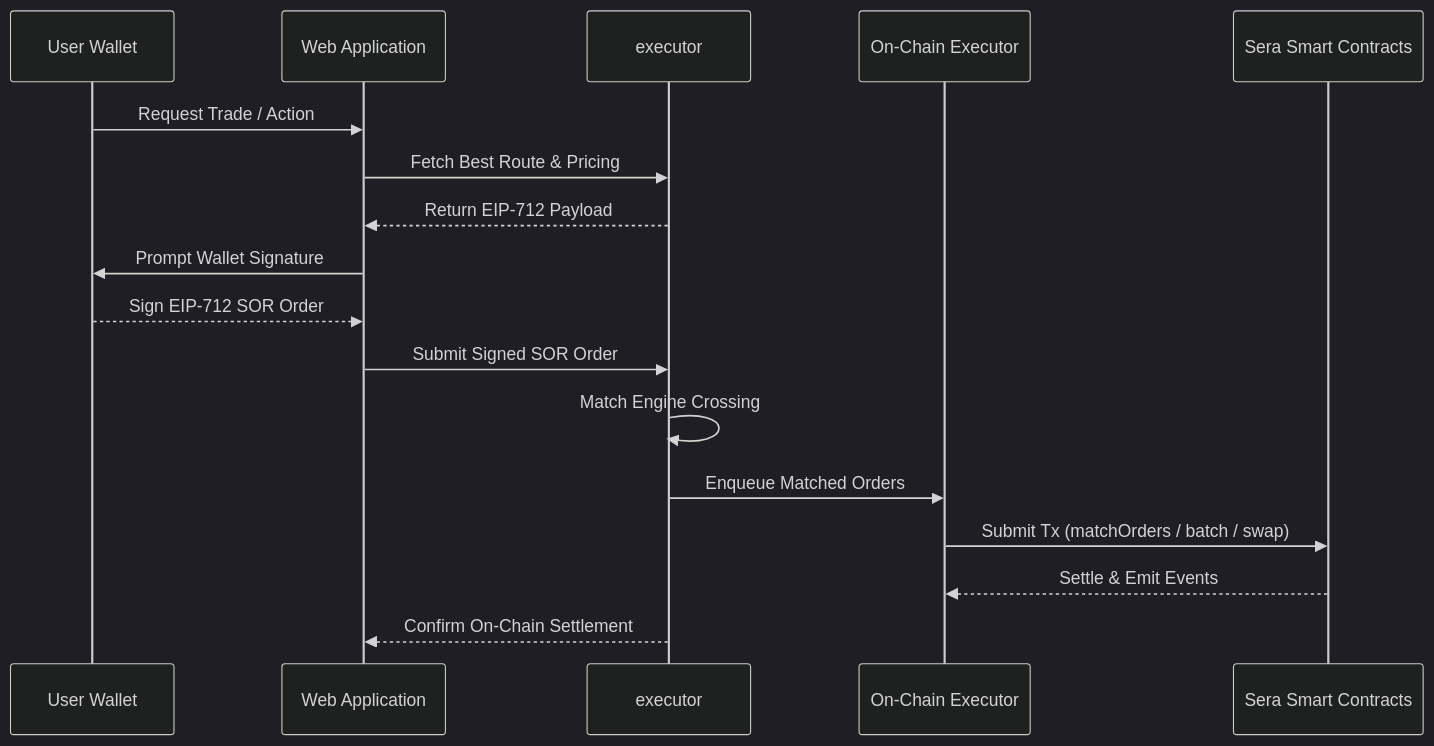
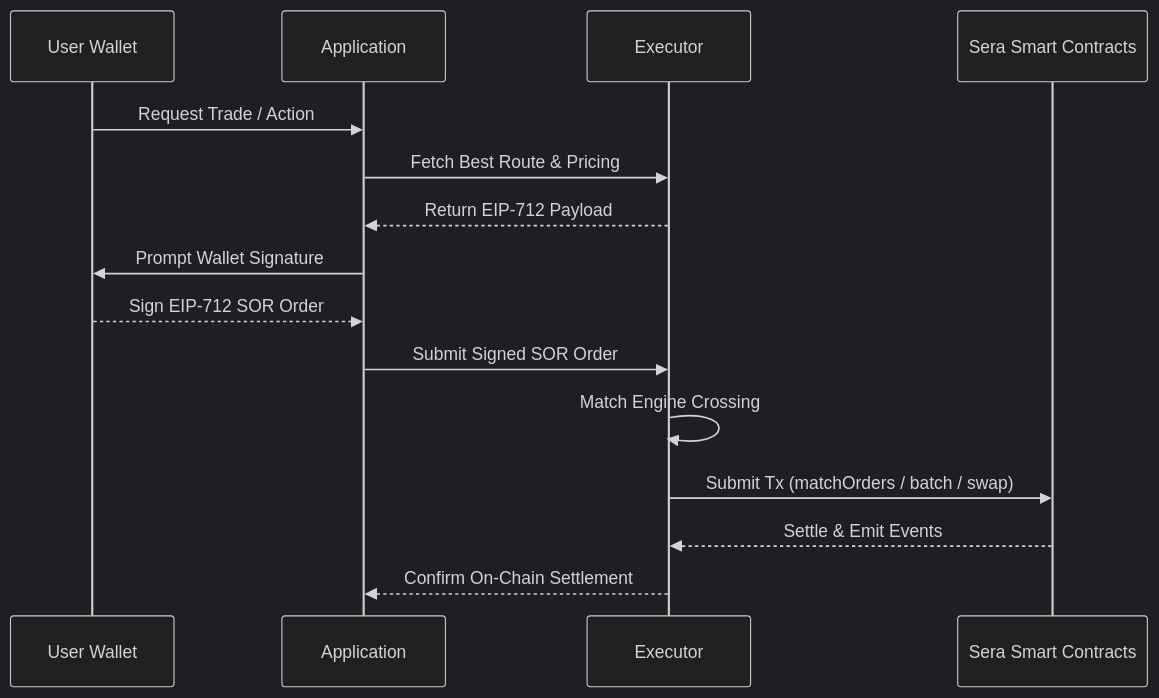
One commit to mashharuki/orderbook-contract-v2 changed the first of 2 diagrams in readme/architecture.md. Above: the diagram before and after it, drawn with Mermaid (dark theme). The commit also changed other lines of this file and 4 other files, not shown here.

````diff
--- a/readme/architecture.md
+++ b/readme/architecture.md
@@ -7,20 +7,18 @@
 ```mermaid
 sequenceDiagram
     participant User as User Wallet
-    participant Frontend as Web Application
-    participant API as executor
-    participant Relayer as On-Chain Executor
+    participant App as Application
+    participant Executor as Executor
     participant Sera as Sera Smart Contracts
 
-    User->>Frontend: Request Trade / Action
-    Frontend->>API: Fetch Best Route & Pricing
-    API-->>Frontend: Return EIP-712 Payload
-    Frontend->>User: Prompt Wallet Signature
-    User-->>Frontend: Sign EIP-712 SOR Order
-    Frontend->>API: Submit Signed SOR Order
-    API->>API: Match Engine Crossing
-    API->>Relayer: Enqueue Matched Orders
-    Relayer->>Sera: Submit Tx (matchOrders / batch / swap)
-    Sera-->>Relayer: Settle & Emit Events
-    API-->>Frontend: Confirm On-Chain Settlement
+    User->>App: Request Trade / Action
+    App->>Executor: Fetch Best Route & Pricing
+    Executor-->>App: Return EIP-712 Payload
+    App->>User: Prompt Wallet Signature
+    User-->>App: Sign EIP-712 SOR Order
+    App->>Executor: Submit Signed SOR Order
+    Executor->>Executor: Match Engine Crossing
+    Executor->>Sera: Submit Tx (matchOrders / batch / swap)
+    Sera-->>Executor: Settle & Emit Events
+    Executor-->>App: Confirm On-Chain Settlement
 ```
````
